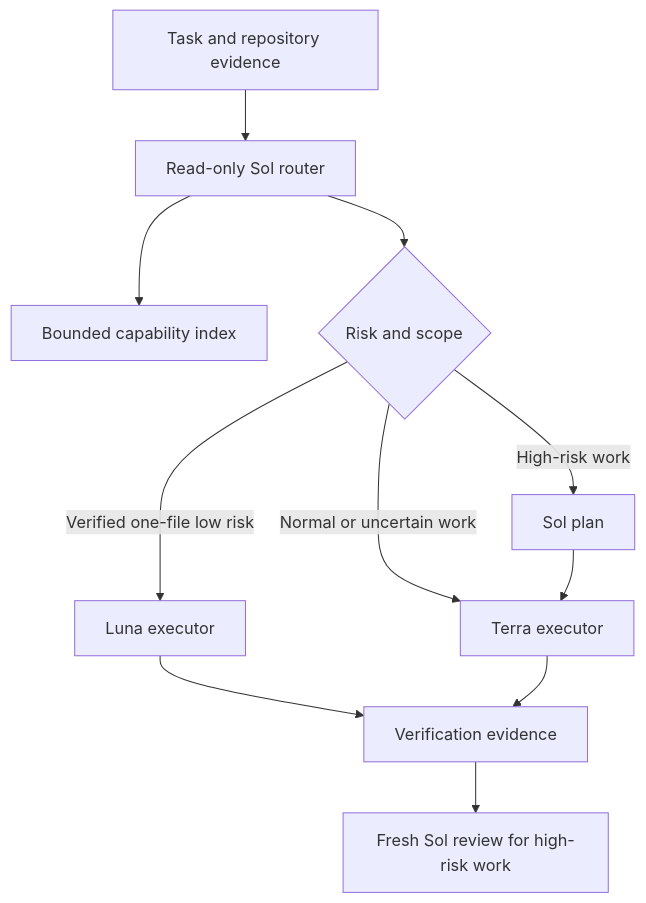
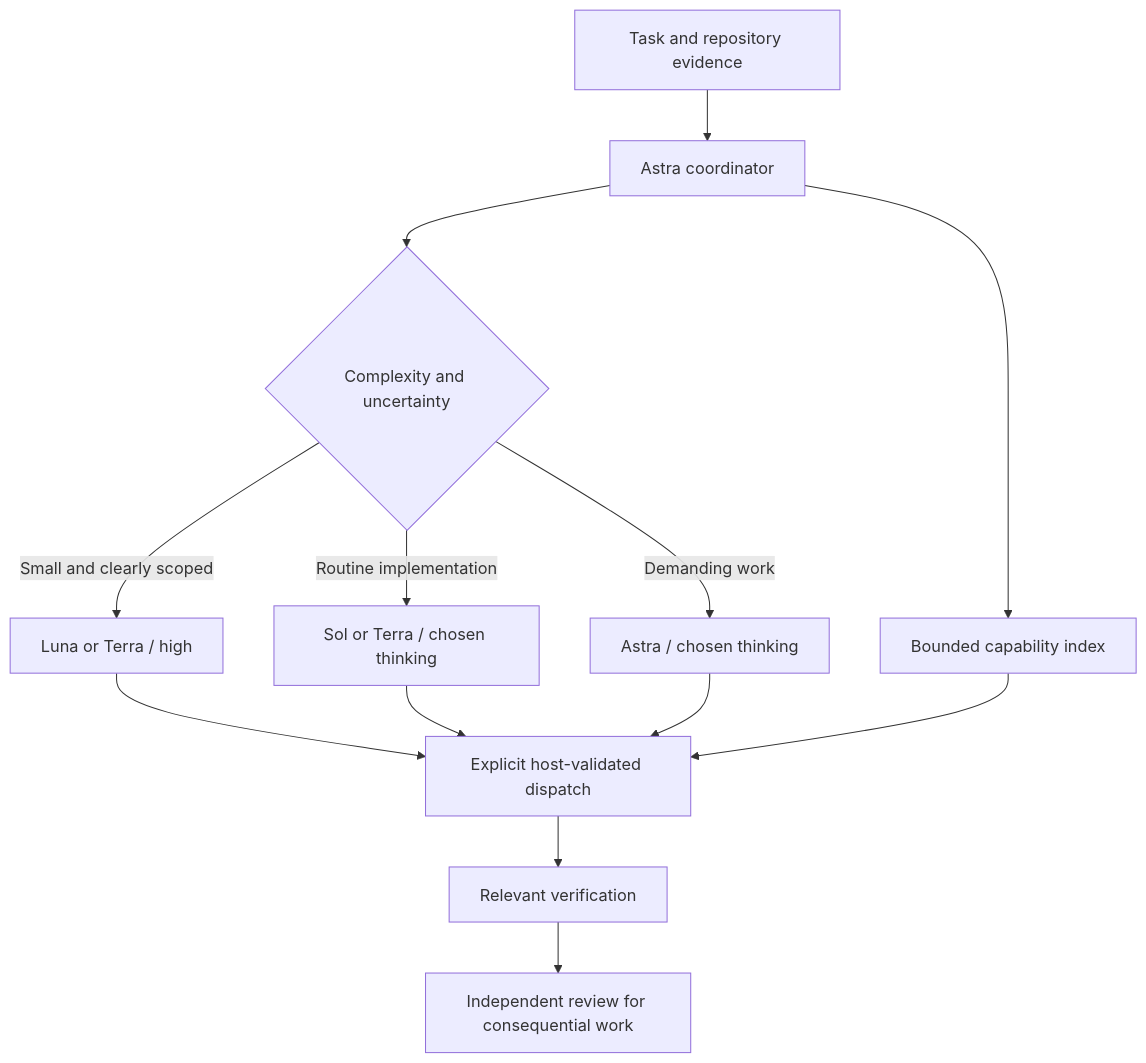
Before and after one commit to KarthikRamesh9149/laneorchestrator: the diagram in docs/assets/architecture.mmd, drawn with Mermaid. The commit also changed 15 other files, not shown here.

```diff
--- a/docs/assets/architecture.mmd
+++ b/docs/assets/architecture.mmd
@@ -1,11 +1,13 @@
 flowchart TD
-    A[Task and repository evidence] --> B[Read-only Sol router]
+    A[Task and repository evidence] --> B[Astra coordinator]
     B --> C[Bounded capability index]
-    B --> D{Risk and scope}
-    D -->|Verified one-file low risk| E[Luna executor]
-    D -->|Normal or uncertain work| F[Terra executor]
-    D -->|High-risk work| G[Sol plan]
-    G --> F
-    E --> H[Verification evidence]
+    B --> D{Complexity and uncertainty}
+    D -->|Small and clearly scoped| E[Luna or Terra / high]
+    D -->|Routine implementation| F[Sol or Terra / chosen thinking]
+    D -->|Demanding work| G[Astra / chosen thinking]
+    E --> H[Explicit host-validated dispatch]
     F --> H
-    H --> I[Fresh Sol review for high-risk work]
+    G --> H
+    C --> H
+    H --> I[Relevant verification]
+    I --> J[Independent review for consequential work]
```
